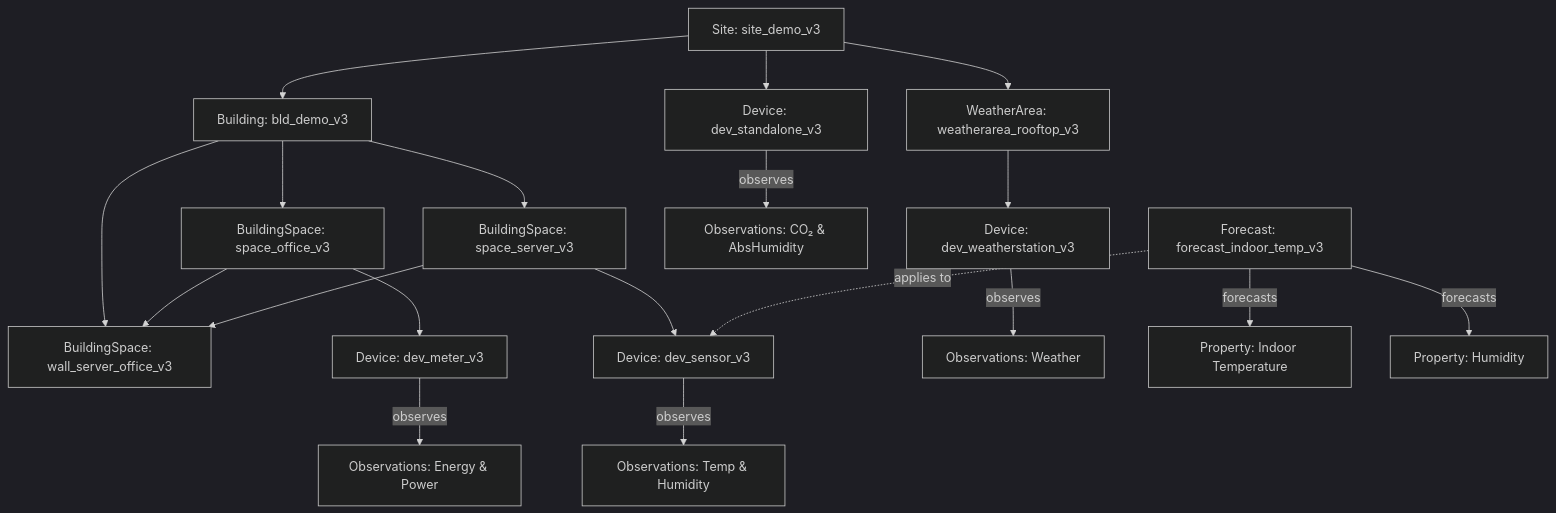
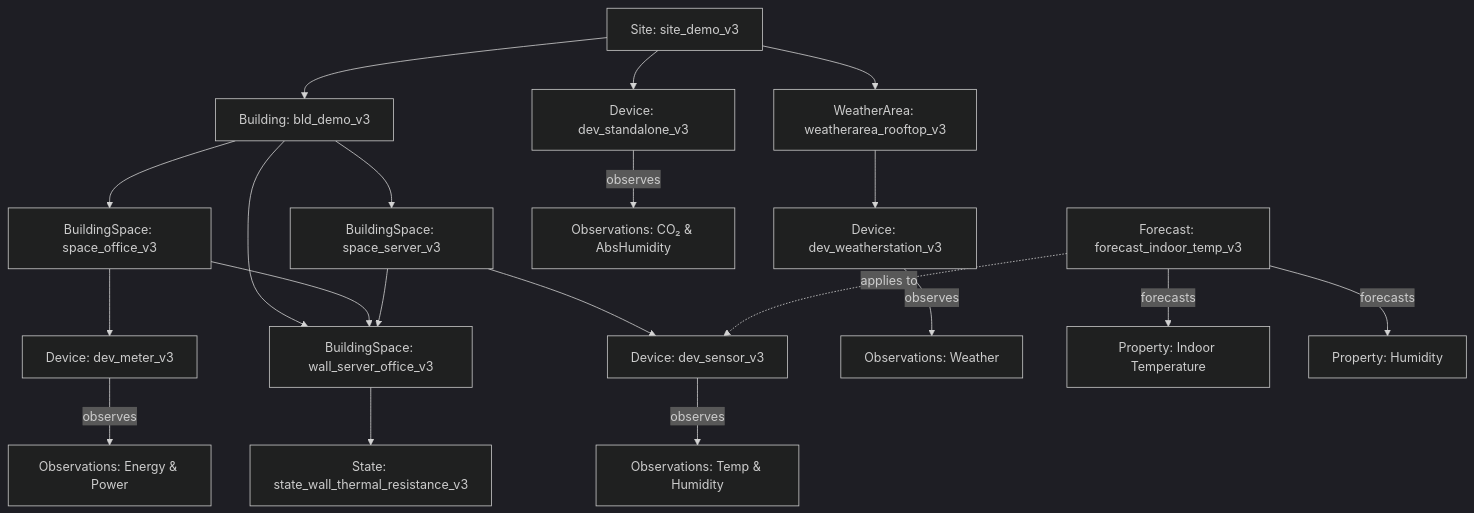
Before and after one commit to CenterDenmark/elexia-datamodel: the diagram in guides/data provider/transformation_endpoints_guide.md, drawn with Mermaid (dark theme). The commit also changed other lines of this file, not shown here.

````diff
--- a/guides/data provider/transformation_endpoints_guide.md
+++ b/guides/data provider/transformation_endpoints_guide.md
@@ -67,23 +68,26 @@
 ```mermaid
 flowchart TD
   Site["Site: site_demo_v3"] --> Building["Building: bld_demo_v3"]
   Site --> WeatherArea["WeatherArea: weatherarea_rooftop_v3"]
   Building --> Office["BuildingSpace: space_office_v3"]
   Building --> Server["BuildingSpace: space_server_v3"]
   Building --> Wall["BuildingSpace: wall_server_office_v3"]
   Office --> Meter["Device: dev_meter_v3"]
   Server --> Sensor["Device: dev_sensor_v3"]
   Office --> Wall["BuildingSpace: wall_server_office_v3"]
   Server --> Wall["BuildingSpace: wall_server_office_v3"]
   Site --> Standalone["Device: dev_standalone_v3"]
   WeatherArea --> WeatherStation["Device: dev_weatherstation_v3"]
   Meter -->|observes| Energy["Observations: Energy & Power"]
   Sensor -->|observes| Climate["Observations: Temp & Humidity"]
   Standalone -->|observes| Air["Observations: CO₂ & AbsHumidity"]
   WeatherStation -->|observes| WeatherObs["Observations: Weather"]
 
   %% Forecast Example
   Forecast["Forecast: forecast_indoor_temp_v3"] -.->|applies to| Sensor
   Forecast -->|forecasts| TempProp["Property: Indoor Temperature"]
   Forecast -->|forecasts| HumidityProp["Property: Humidity"]
+
+  %% State Example
+  Wall --> WallState["State: state_wall_thermal_resistance_v3"]
 ```
````
